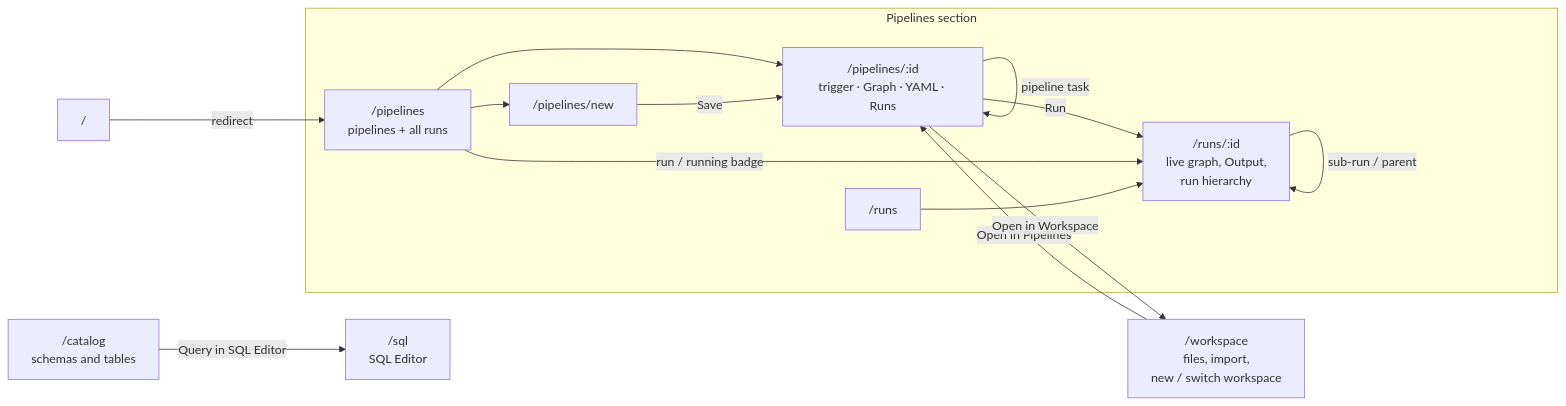
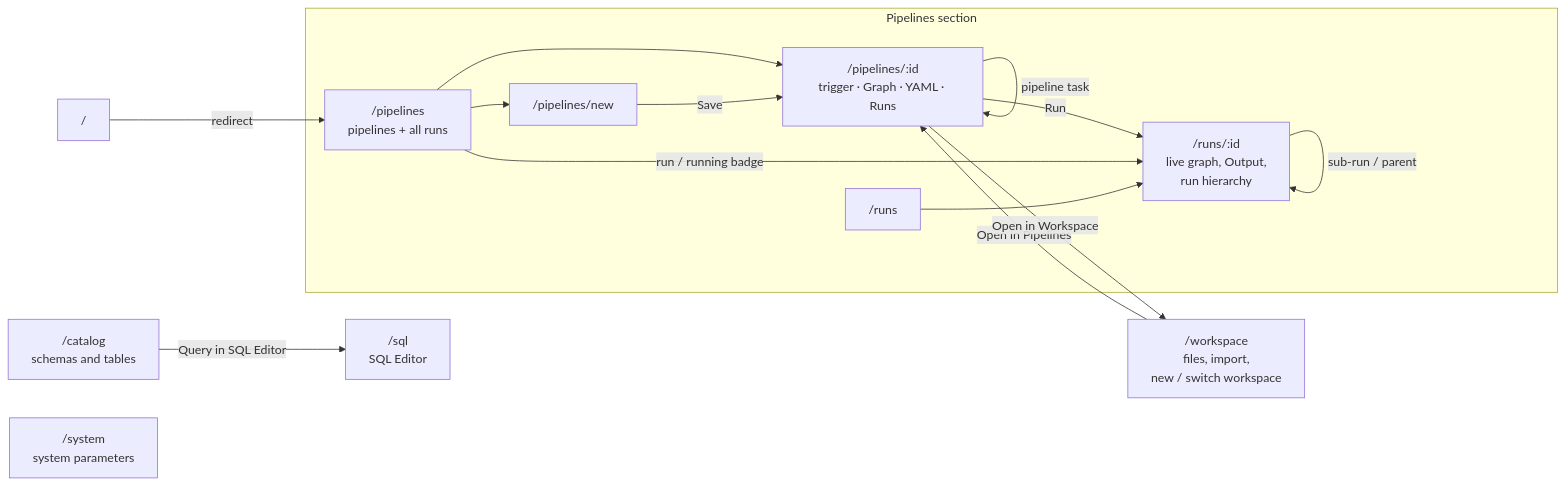
One commit to ilanamarpersonal/prooflix-core changed the first of 3 diagrams in docs/client.md. Above: the diagram before and after it, drawn with Mermaid. The commit also changed other lines of this file and 25 other files, not shown here.

````diff
--- a/docs/client.md
+++ b/docs/client.md
@@ -70,21 +71,22 @@
 ```mermaid
 flowchart LR
     root["/"] -->|redirect| PL
 
     subgraph Pipelines["Pipelines section"]
         PL["/pipelines<br/>pipelines + all runs"] --> NEW["/pipelines/new"]
         PL --> PD["/pipelines/:id<br/>trigger · Graph · YAML · Runs"]
         PD -->|"pipeline task"| PD
         PD -->|Run| RD["/runs/:id<br/>live graph, Output,<br/>run hierarchy"]
         PL -->|"run / running badge"| RD
         RS["/runs"] --> RD
         RD -->|"sub-run / parent"| RD
         NEW -->|Save| PD
     end
 
     SQL["/sql<br/>SQL Editor"]
     CAT["/catalog<br/>schemas and tables"] -->|"Query in SQL Editor"| SQL
     WSP["/workspace<br/>files, import,<br/>new / switch workspace"]
     WSP -->|"Open in Pipelines"| PD
     PD -->|"Open in Workspace"| WSP
+    SYS["/system<br/>system parameters"]
 ```
````
